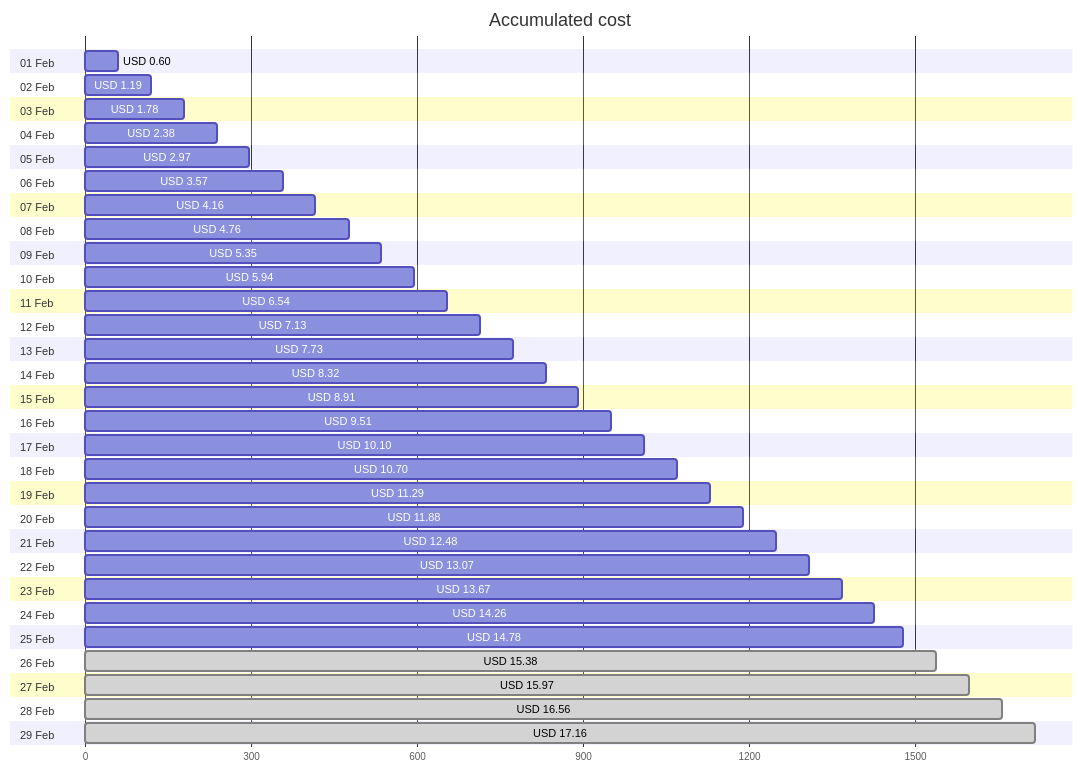
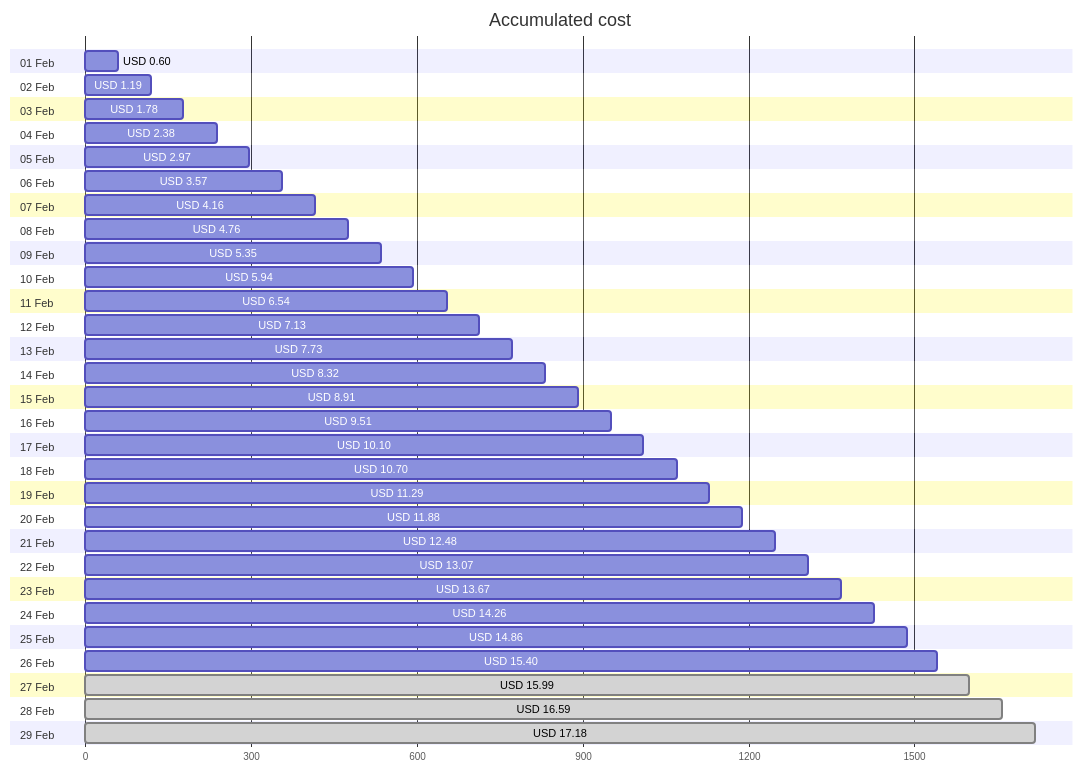
Before and after one commit to jpfulton/azure-personal-reports: the first of 4 diagrams in cost-reports/personal-site/README.md, drawn with Mermaid. The commit also changed other lines of this file and 6 other files, not shown here.

````diff
--- a/cost-reports/personal-site/README.md
+++ b/cost-reports/personal-site/README.md
@@ -20,64 +20,64 @@
 ```mermaid
 gantt
    title Accumulated cost
    dateFormat  X
    axisFormat %s
    section 01 Feb
    USD 0.60 :0, 60
    section 02 Feb
    USD 1.19 :0, 119
    section 03 Feb
    USD 1.78 :0, 178
    section 04 Feb
    USD 2.38 :0, 238
    section 05 Feb
    USD 2.97 :0, 297
    section 06 Feb
    USD 3.57 :0, 357
    section 07 Feb
    USD 4.16 :0, 416
    section 08 Feb
    USD 4.76 :0, 476
    section 09 Feb
    USD 5.35 :0, 535
    section 10 Feb
    USD 5.94 :0, 594
    section 11 Feb
    USD 6.54 :0, 654
    section 12 Feb
    USD 7.13 :0, 713
    section 13 Feb
    USD 7.73 :0, 773
    section 14 Feb
    USD 8.32 :0, 832
    section 15 Feb
    USD 8.91 :0, 891
    section 16 Feb
    USD 9.51 :0, 951
    section 17 Feb
    USD 10.10 :0, 1010
    section 18 Feb
    USD 10.70 :0, 1070
    section 19 Feb
    USD 11.29 :0, 1129
    section 20 Feb
    USD 11.88 :0, 1188
    section 21 Feb
    USD 12.48 :0, 1248
    section 22 Feb
    USD 13.07 :0, 1307
    section 23 Feb
    USD 13.67 :0, 1367
    section 24 Feb
    USD 14.26 :0, 1426
    section 25 Feb
-   USD 14.78 :0, 1478
+   USD 14.86 :0, 1486
    section 26 Feb
-   USD 15.38 : done, 0, 1538
+   USD 15.40 :0, 1540
    section 27 Feb
-   USD 15.97 : done, 0, 1597
+   USD 15.99 : done, 0, 1599
    section 28 Feb
-   USD 16.56 : done, 0, 1656
+   USD 16.59 : done, 0, 1659
    section 29 Feb
-   USD 17.16 : done, 0, 1716
+   USD 17.18 : done, 0, 1718
 ```
````
